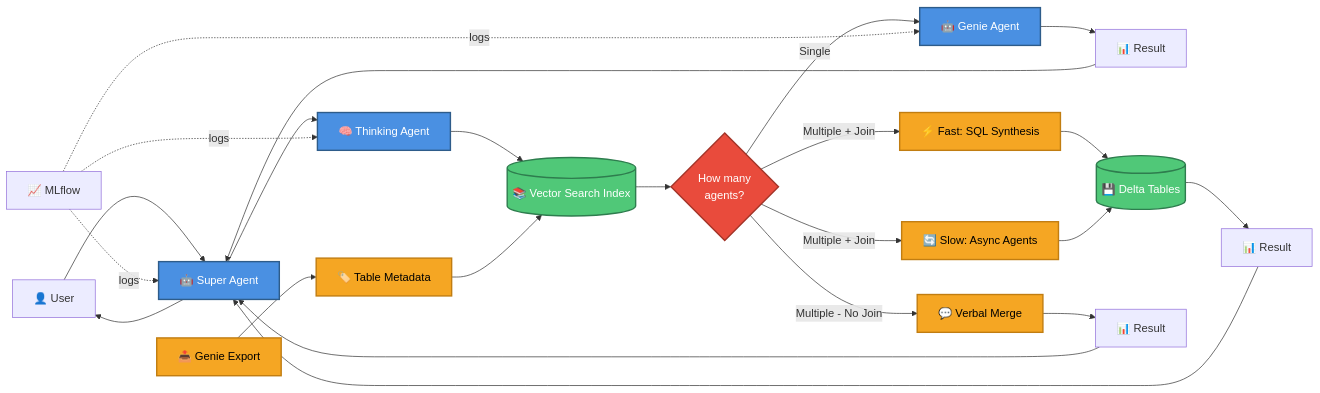
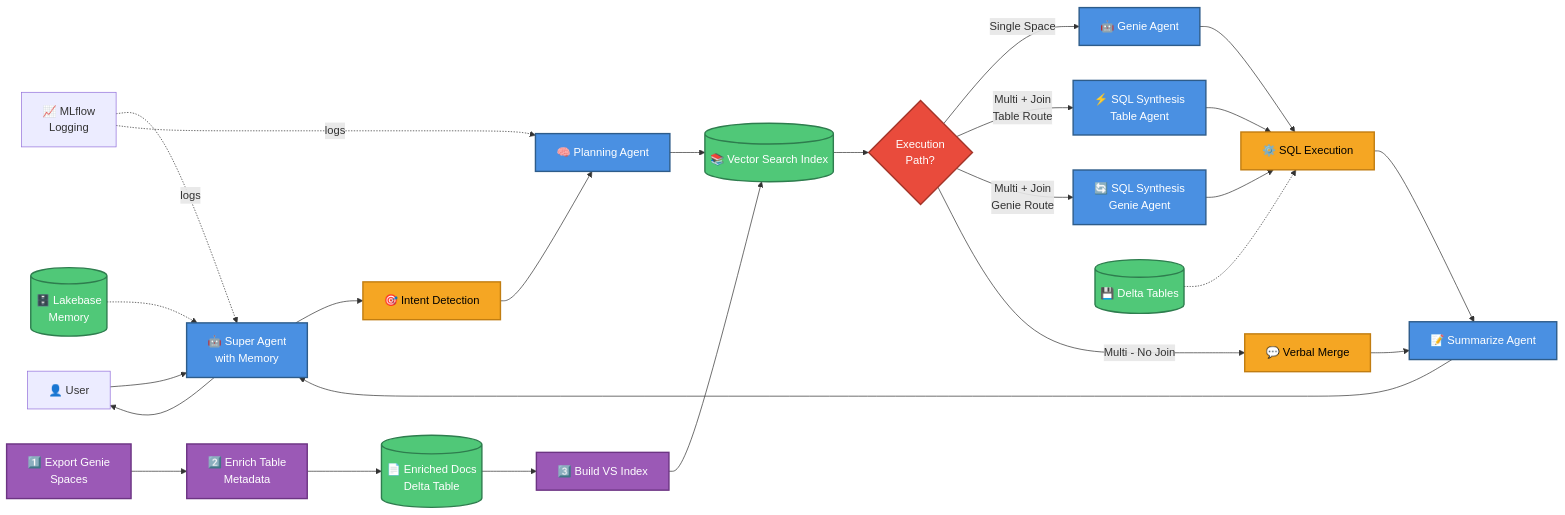
The diagram in architecture_diagram_simple.mmd (databricks-solutions/dbx-unifiedchat), drawn with Mermaid before and after one commit. The commit also changed 5 other files, not shown here.

First line of the commit message:
Refactor Architecture Diagrams and Update Documentation

```diff
--- a/architecture_diagram_simple.mmd
+++ b/architecture_diagram_simple.mmd
@@ -1,47 +1,53 @@
 graph LR
     %% Main Flow - Simplified
-    User[👤 User] --> SuperAgent[🤖 Super Agent]
-    SuperAgent --> ThinkingAgent[🧠 Thinking Agent]
-    ThinkingAgent --> VSIndex[(📚 Vector Search Index)]
+    User[👤 User] --> SuperAgent[🤖 Super Agent<br/>with Memory]
+    SuperAgent --> Intent[🎯 Intent Detection]
+    Intent --> Planning[🧠 Planning Agent]
+    Planning --> VSIndex[(📚 Vector Search Index)]
     
     %% Decision Points
-    VSIndex --> Decision{How many<br/>agents?}
+    VSIndex --> Decision{Execution<br/>Path?}
     
-    %% Paths
-    Decision -->|Single| GenieAgent1[🤖 Genie Agent]
-    Decision -->|Multiple + Join| FastPath[⚡ Fast: SQL Synthesis]
-    Decision -->|Multiple + Join| SlowPath[🔄 Slow: Async Agents]
-    Decision -->|Multiple - No Join| VerbalPath[💬 Verbal Merge]
+    %% Execution Paths
+    Decision -->|Single Space| GenieAgent[🤖 Genie Agent]
+    Decision -->|Multi + Join<br/>Table Route| SQLTable[⚡ SQL Synthesis<br/>Table Agent]
+    Decision -->|Multi + Join<br/>Genie Route| SQLGenie[🔄 SQL Synthesis<br/>Genie Agent]
+    Decision -->|Multi - No Join| VerbalMerge[💬 Verbal Merge]
     
-    %% Results
-    GenieAgent1 --> Result1[📊 Result]
-    FastPath --> DeltaTables[(💾 Delta Tables)]
-    SlowPath --> DeltaTables
-    DeltaTables --> Result2[📊 Result]
-    VerbalPath --> Result3[📊 Result]
+    %% SQL Execution
+    SQLTable --> SQLExec[⚙️ SQL Execution]
+    SQLGenie --> SQLExec
+    GenieAgent --> SQLExec
+    VerbalMerge --> Summarize[📝 Summarize Agent]
+    SQLExec --> Summarize
     
-    %% Back to user
-    Result1 --> SuperAgent
-    Result2 --> SuperAgent
-    Result3 --> SuperAgent
+    %% Results back to user
+    Summarize --> SuperAgent
     SuperAgent --> User
     
-    %% Supporting Pipelines
-    Genie[📤 Genie Export] --> Metadata[🏷️ Table Metadata]
-    Metadata --> VSIndex
+    %% Supporting ETL Pipeline (Build Order: 1→2→3→4)
+    GenieExport[1️⃣ Export Genie<br/>Spaces] --> TableEnrich[2️⃣ Enrich Table<br/>Metadata]
+    TableEnrich --> EnrichedDocs[(📄 Enriched Docs<br/>Delta Table)]
+    EnrichedDocs --> VSBuild[3️⃣ Build VS Index]
+    VSBuild --> VSIndex
     
-    %% MLflow
-    MLflow[📈 MLflow] -.logs.-> SuperAgent
-    MLflow -.logs.-> ThinkingAgent
-    MLflow -.logs.-> GenieAgent1
+    %% Data Sources
+    DeltaTables[(💾 Delta Tables)] -.-> SQLExec
+    Lakebase[(🗄️ Lakebase<br/>Memory)] -.-> SuperAgent
+    
+    %% MLflow Integration
+    MLflow[📈 MLflow<br/>Logging] -.logs.-> SuperAgent
+    MLflow -.logs.-> Planning
     
     %% Styling
     classDef agentClass fill:#4A90E2,stroke:#2E5C8A,stroke-width:2px,color:#fff
     classDef dataClass fill:#50C878,stroke:#2E7D4E,stroke-width:2px,color:#fff
     classDef processClass fill:#F5A623,stroke:#C17D11,stroke-width:2px,color:#000
     classDef decisionClass fill:#E94B3C,stroke:#A33428,stroke-width:2px,color:#fff
+    classDef etlClass fill:#9B59B6,stroke:#6C3483,stroke-width:2px,color:#fff
     
-    class SuperAgent,ThinkingAgent,GenieAgent1 agentClass
-    class VSIndex,DeltaTables dataClass
-    class FastPath,SlowPath,VerbalPath,Genie,Metadata processClass
+    class SuperAgent,Planning,GenieAgent,SQLTable,SQLGenie,Summarize agentClass
+    class VSIndex,DeltaTables,EnrichedDocs,Lakebase dataClass
+    class Intent,SQLExec,VerbalMerge processClass
     class Decision decisionClass
+    class GenieExport,TableEnrich,VSBuild etlClass
```
